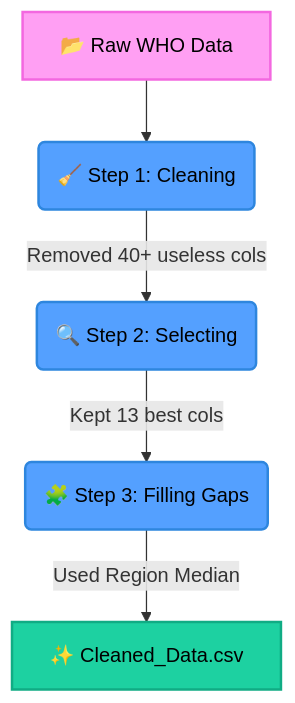
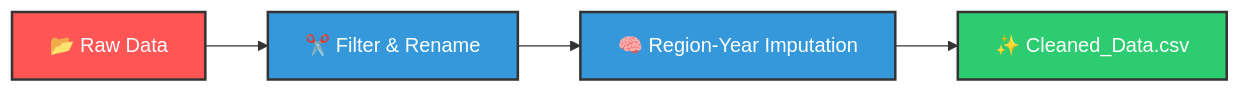
One commit to alpha-sml/SectionD_Group5_TB-Burden-Estimates changed the diagram in readme.md. Above: the diagram before and after it, drawn with Mermaid. The commit also changed other lines of this file and 7 other files, not shown here.

````diff
--- a/readme.md
+++ b/readme.md
@@ -44,20 +149,10 @@
 ```mermaid
-graph TD
-    %% Fun Colors for Student Theme
-    classDef input fill:#ff9ff3,stroke:#f368e0,stroke-width:2px,color:black;
-    classDef process fill:#54a0ff,stroke:#2e86de,stroke-width:2px,color:black;
-    classDef success fill:#1dd1a1,stroke:#10ac84,stroke-width:2px,color:black;
+graph LR
+    classDef raw fill:#ff5555,stroke:#333,stroke-width:2px,color:white;
+    classDef process fill:#3498db,stroke:#333,stroke-width:2px,color:white;
+    classDef clean fill:#2ecc71,stroke:#333,stroke-width:2px,color:white;
 
-    RawData[📂 Raw WHO Data]:::input
-    
-    Step1(🧹 Step 1: Cleaning):::process
-    Step2(🔍 Step 2: Selecting):::process
-    Step3(🧩 Step 3: Filling Gaps):::process
-    
-    FinalData[✨ Cleaned_Data.csv]:::success
-
-    RawData --> Step1
-    Step1 -->|Removed 40+ useless cols| Step2
-    Step2 -->|Kept 13 best cols| Step3
-    Step3 -->|Used Region Median| FinalData
+    Raw[📂 Raw Data]:::raw --> Filter[✂️ Filter & Rename]:::process
+    Filter --> Impute[🧠 Region-Year Imputation]:::process
+    Impute --> Clean[✨ Cleaned_Data.csv]:::clean
 ```
````
